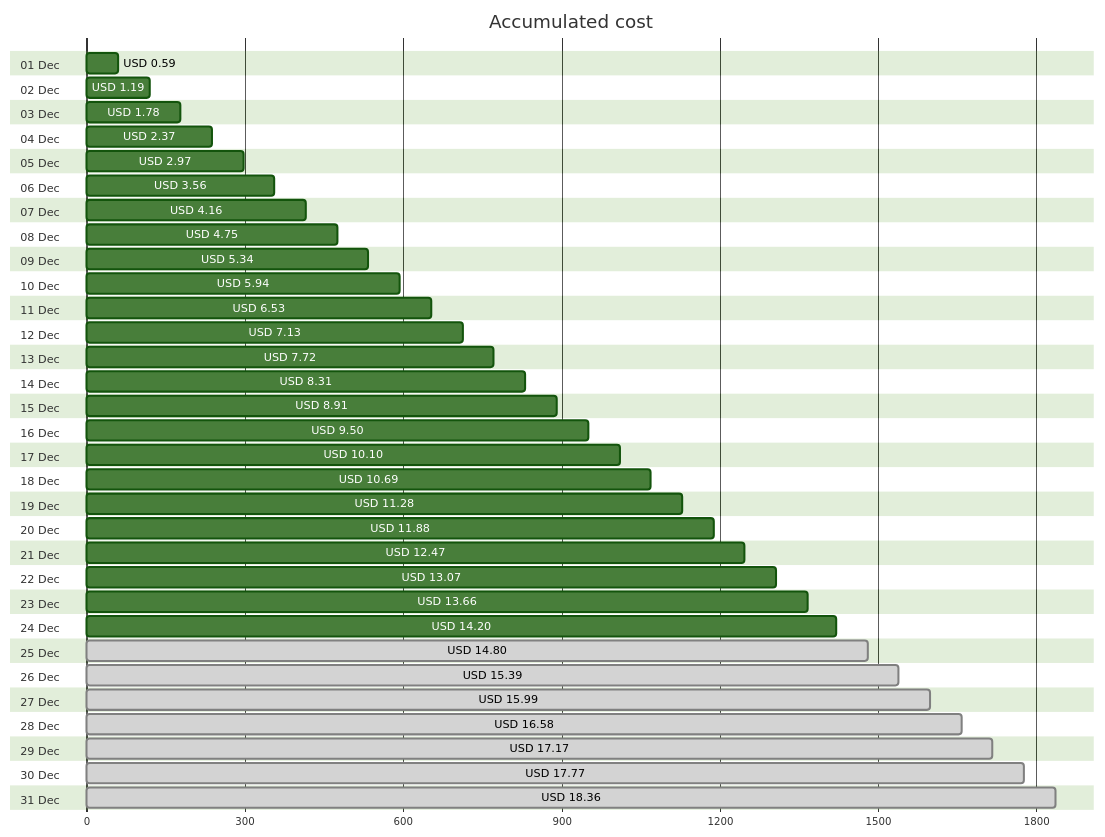
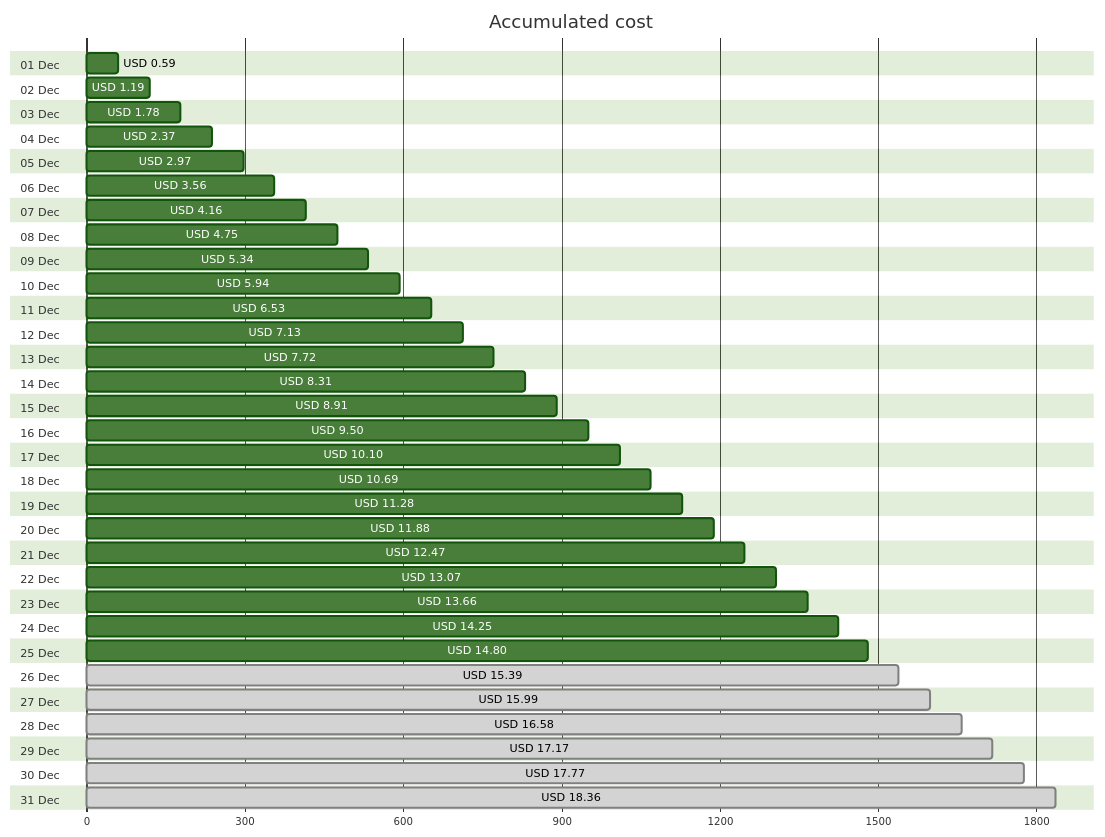
Before and after one commit to jpfulton/azure-personal-reports: the first of 4 diagrams in cost-reports/personal-site/README.md, drawn with Mermaid (forest theme). The commit also changed other lines of this file and 6 other files, not shown here.

````diff
--- a/cost-reports/personal-site/README.md
+++ b/cost-reports/personal-site/README.md
@@ -20,68 +20,68 @@
 ```mermaid
 gantt
    title Accumulated cost
    dateFormat  X
    axisFormat %s
    section 01 Dec
    USD 0.59 :0, 59
    section 02 Dec
    USD 1.19 :0, 119
    section 03 Dec
    USD 1.78 :0, 178
    section 04 Dec
    USD 2.37 :0, 237
    section 05 Dec
    USD 2.97 :0, 297
    section 06 Dec
    USD 3.56 :0, 356
    section 07 Dec
    USD 4.16 :0, 416
    section 08 Dec
    USD 4.75 :0, 475
    section 09 Dec
    USD 5.34 :0, 534
    section 10 Dec
    USD 5.94 :0, 594
    section 11 Dec
    USD 6.53 :0, 653
    section 12 Dec
    USD 7.13 :0, 713
    section 13 Dec
    USD 7.72 :0, 772
    section 14 Dec
    USD 8.31 :0, 831
    section 15 Dec
    USD 8.91 :0, 891
    section 16 Dec
    USD 9.50 :0, 950
    section 17 Dec
    USD 10.10 :0, 1010
    section 18 Dec
    USD 10.69 :0, 1069
    section 19 Dec
    USD 11.28 :0, 1128
    section 20 Dec
    USD 11.88 :0, 1188
    section 21 Dec
    USD 12.47 :0, 1247
    section 22 Dec
    USD 13.07 :0, 1307
    section 23 Dec
    USD 13.66 :0, 1366
    section 24 Dec
-   USD 14.20 :0, 1420
+   USD 14.25 :0, 1425
    section 25 Dec
-   USD 14.80 : done, 0, 1480
+   USD 14.80 :0, 1480
    section 26 Dec
    USD 15.39 : done, 0, 1539
    section 27 Dec
    USD 15.99 : done, 0, 1599
    section 28 Dec
    USD 16.58 : done, 0, 1658
    section 29 Dec
    USD 17.17 : done, 0, 1717
    section 30 Dec
    USD 17.77 : done, 0, 1777
    section 31 Dec
    USD 18.36 : done, 0, 1836
 ```
````
